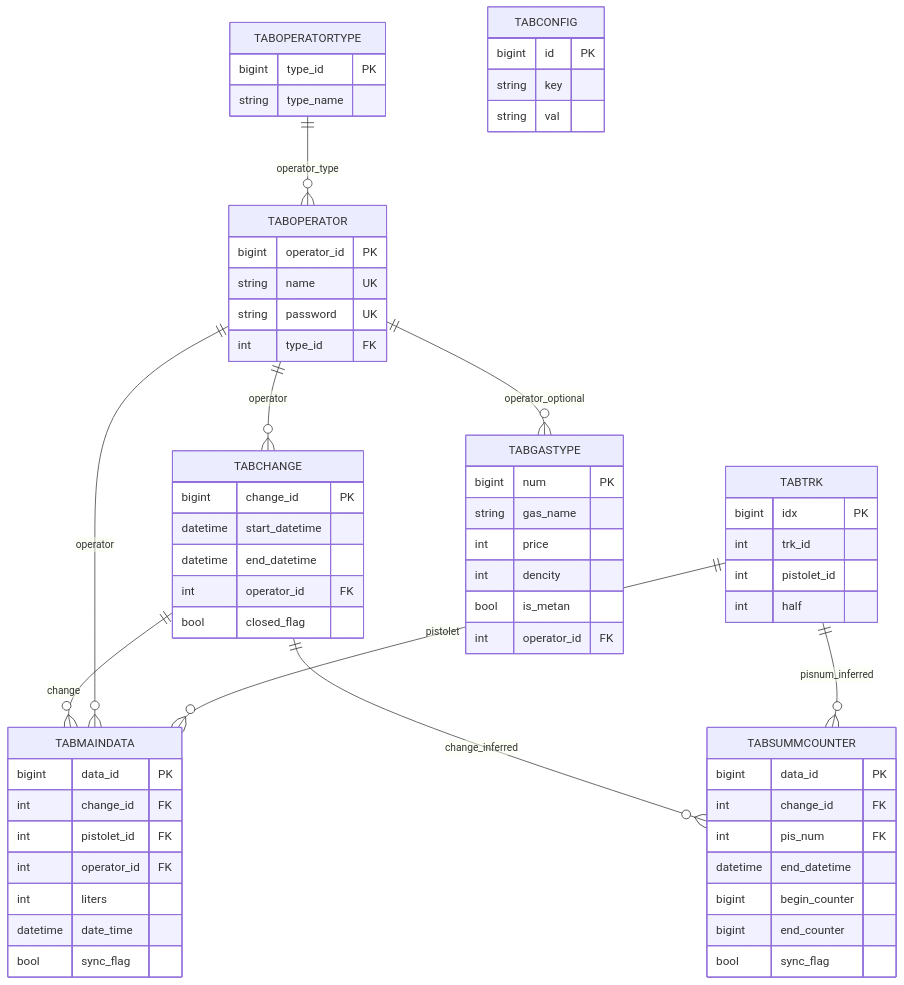
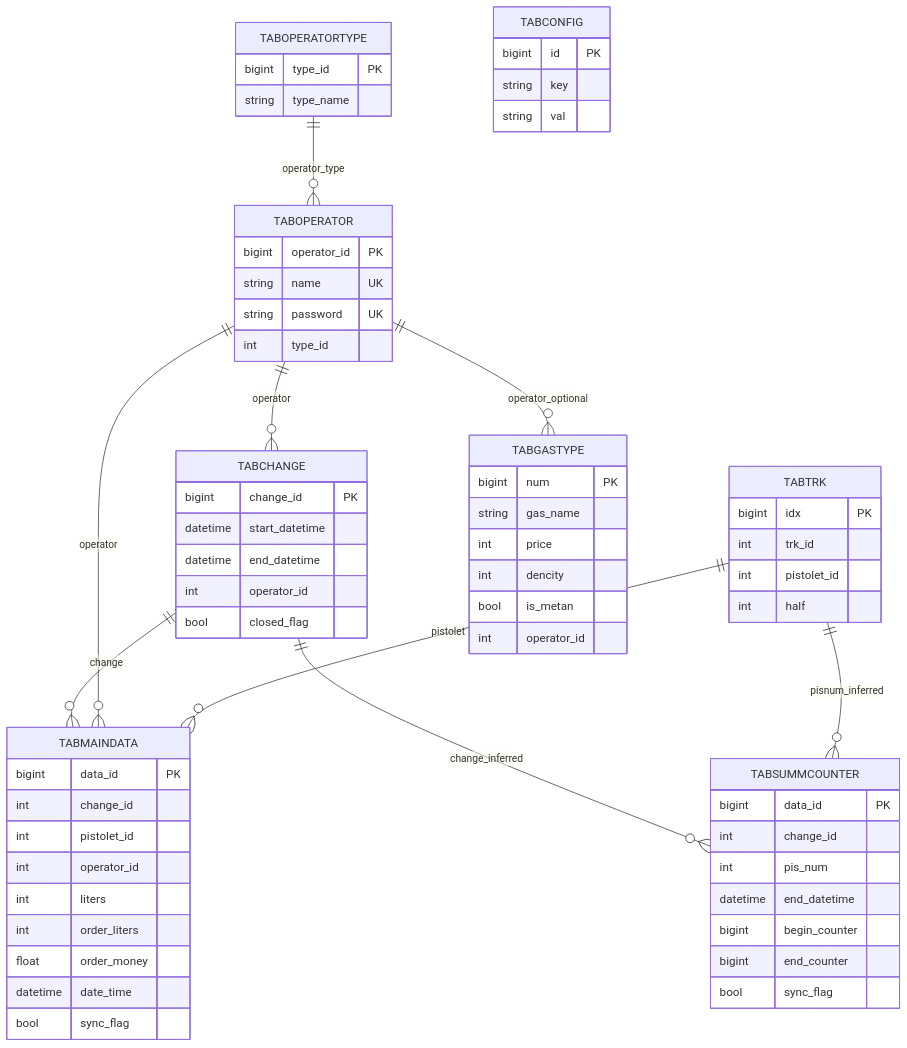
The diagram in README.md (Baxrom0311/texnouz_baza), drawn with Mermaid before and after one commit. The commit also changed other lines of this file and 14 other files, not shown here.

````diff
--- a/README.md
+++ b/README.md
@@ -58,73 +32,75 @@
 ```mermaid
 erDiagram
     TABOPERATORTYPE ||--o{ TABOPERATOR : operator_type
     TABOPERATOR ||--o{ TABCHANGE : operator
     TABCHANGE ||--o{ TABMAINDATA : change
     TABOPERATOR ||--o{ TABMAINDATA : operator
     TABTRK ||--o{ TABMAINDATA : pistolet
     TABCHANGE ||--o{ TABSUMMCOUNTER : change_inferred
     TABTRK ||--o{ TABSUMMCOUNTER : pisnum_inferred
     TABOPERATOR ||--o{ TABGASTYPE : operator_optional
 
     TABCONFIG {
       bigint id PK
       string key
       string val
     }
 
     TABOPERATORTYPE {
       bigint type_id PK
       string type_name
     }
 
     TABOPERATOR {
       bigint operator_id PK
       string name UK
       string password UK
-      int type_id FK
+      int type_id
     }
 
     TABCHANGE {
       bigint change_id PK
       datetime start_datetime
       datetime end_datetime
-      int operator_id FK
+      int operator_id
       bool closed_flag
     }
 
     TABTRK {
       bigint idx PK
       int trk_id
       int pistolet_id
       int half
     }
 
     TABGASTYPE {
       bigint num PK
       string gas_name
       int price
       int dencity
       bool is_metan
-      int operator_id FK
+      int operator_id
     }
 
     TABMAINDATA {
       bigint data_id PK
-      int change_id FK
-      int pistolet_id FK
-      int operator_id FK
+      int change_id
+      int pistolet_id
+      int operator_id
       int liters
+      int order_liters
+      float order_money
       datetime date_time
       bool sync_flag
     }
 
     TABSUMMCOUNTER {
       bigint data_id PK
-      int change_id FK
-      int pis_num FK
+      int change_id
+      int pis_num
       datetime end_datetime
       bigint begin_counter
       bigint end_counter
       bool sync_flag
     }
 ```
````
